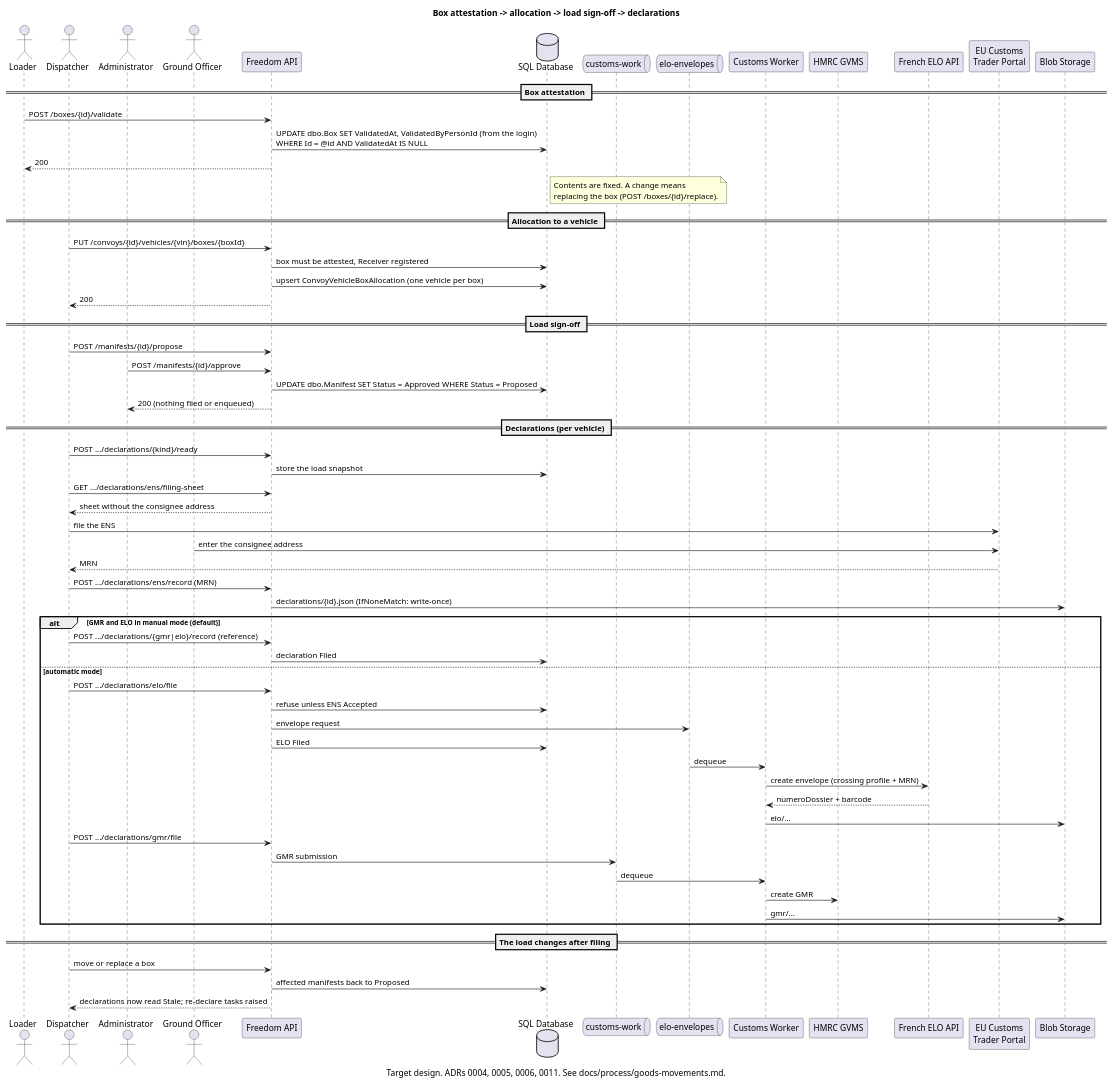
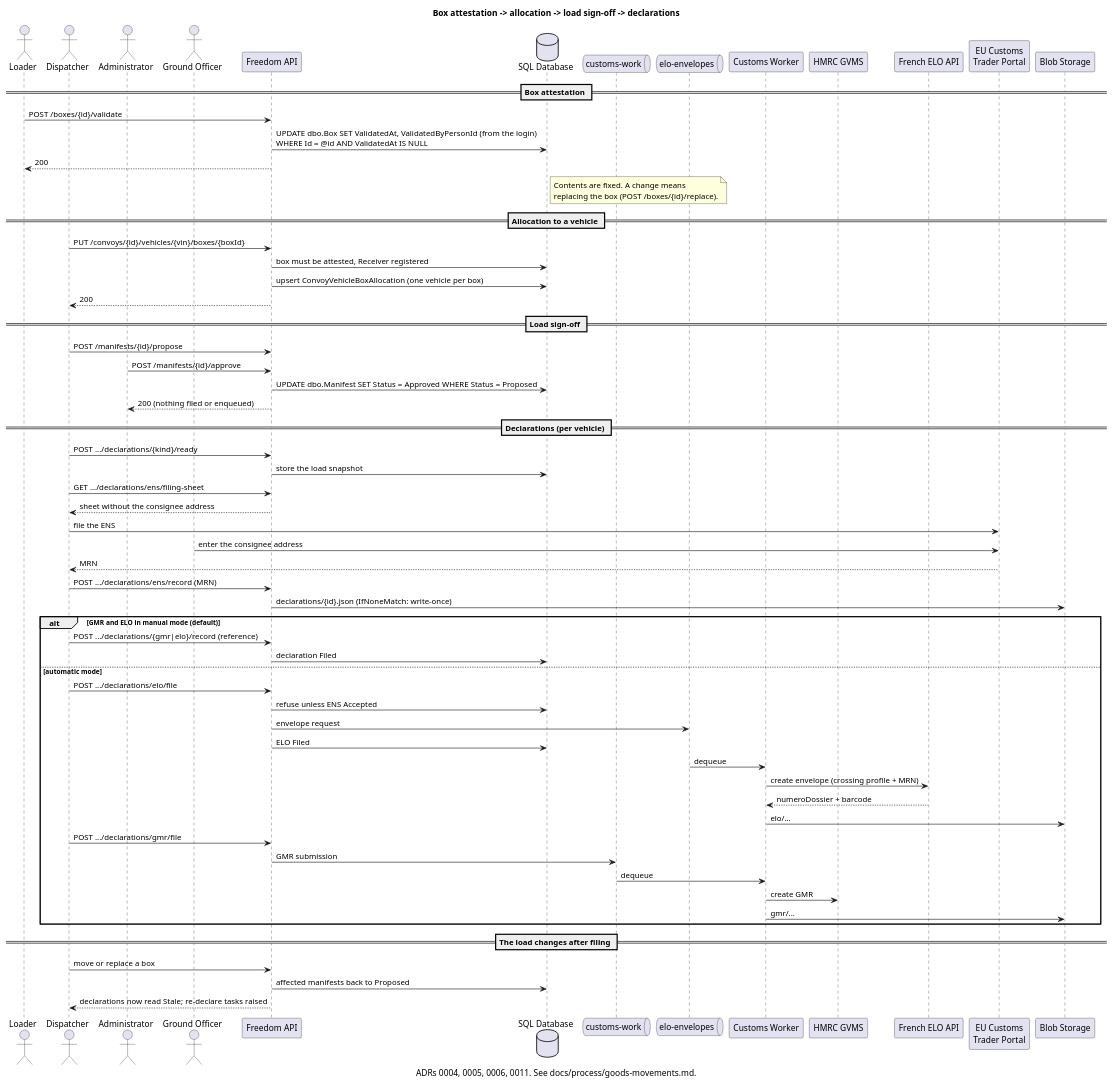
One commit to TheLastColonial/UA.Action.Freedom changed the diagram in docs/process/goods-movements.puml. Above: the diagram before and after it, drawn with PlantUML. The commit also changed 83 other files, not shown here.

```diff
--- a/docs/process/goods-movements.puml
+++ b/docs/process/goods-movements.puml
@@ -1,85 +1,84 @@
 @startuml Goods Movement Sequence
 
-' TARGET DESIGN (ADRs 0004, 0005, 0006, 0011). The code still implements the earlier approval fork
-' until docs/plans/08 and docs/plans/15 merge; that version of this file is in git history at f659eed.
+' ADRs 0004, 0005, 0006, 0011. The earlier approval fork is in git history at f659eed.
 
 title Box attestation -> allocation -> load sign-off -> declarations
-caption Target design. ADRs 0004, 0005, 0006, 0011. See docs/process/goods-movements.md.
+caption ADRs 0004, 0005, 0006, 0011. See docs/process/goods-movements.md.
 
 actor Loader
 actor Dispatcher
 actor Admin as "Administrator"
 actor "Ground Officer" as GO
 participant "Freedom API" as API
 database "SQL Database" as DB
 queue "customs-work" as GmrQueue
 queue "elo-envelopes" as EloQueue
 participant "Customs Worker" as Worker
 participant "HMRC GVMS" as HMRC
 participant "French ELO API" as Elo
 participant "EU Customs\nTrader Portal" as EU
 participant "Blob Storage" as Blob
 
 == Box attestation ==
 
 Loader -> API: POST /boxes/{id}/validate
 API -> DB: UPDATE dbo.Box SET ValidatedAt, ValidatedByPersonId (from the login)\nWHERE Id = @id AND ValidatedAt IS NULL
 API --> Loader: 200
 note right of DB
   Contents are fixed. A change means
   replacing the box (POST /boxes/{id}/replace).
 end note
 
 == Allocation to a vehicle ==
 
 Dispatcher -> API: PUT /convoys/{id}/vehicles/{vin}/boxes/{boxId}
 API -> DB: box must be attested, Receiver registered
 API -> DB: upsert ConvoyVehicleBoxAllocation (one vehicle per box)
 API --> Dispatcher: 200
 
 == Load sign-off ==
 
 Dispatcher -> API: POST /manifests/{id}/propose
 Admin -> API: POST /manifests/{id}/approve
 API -> DB: UPDATE dbo.Manifest SET Status = Approved WHERE Status = Proposed
 API --> Admin: 200 (nothing filed or enqueued)
 
 == Declarations (per vehicle) ==
 
 Dispatcher -> API: POST .../declarations/{kind}/ready
 API -> DB: store the load snapshot
 
 Dispatcher -> API: GET .../declarations/ens/filing-sheet
 API --> Dispatcher: sheet without the consignee address
 Dispatcher -> EU: file the ENS
 GO -> EU: enter the consignee address
 EU --> Dispatcher: MRN
 Dispatcher -> API: POST .../declarations/ens/record (MRN)
 API -> Blob: declarations/{id}.json (IfNoneMatch: write-once)
 
 alt GMR and ELO in manual mode (default)
   Dispatcher -> API: POST .../declarations/{gmr|elo}/record (reference)
   API -> DB: declaration Filed
 else automatic mode
   Dispatcher -> API: POST .../declarations/elo/file
   API -> DB: refuse unless ENS Accepted
   API -> EloQueue: envelope request
   API -> DB: ELO Filed
   EloQueue -> Worker: dequeue
   Worker -> Elo: create envelope (crossing profile + MRN)
   Elo --> Worker: numeroDossier + barcode
   Worker -> Blob: elo/...
   Dispatcher -> API: POST .../declarations/gmr/file
   API -> GmrQueue: GMR submission
   GmrQueue -> Worker: dequeue
   Worker -> HMRC: create GMR
   Worker -> Blob: gmr/...
 end
 
 == The load changes after filing ==
 
 Dispatcher -> API: move or replace a box
 API -> DB: affected manifests back to Proposed
 API --> Dispatcher: declarations now read Stale; re-declare tasks raised
 
 @enduml
```
